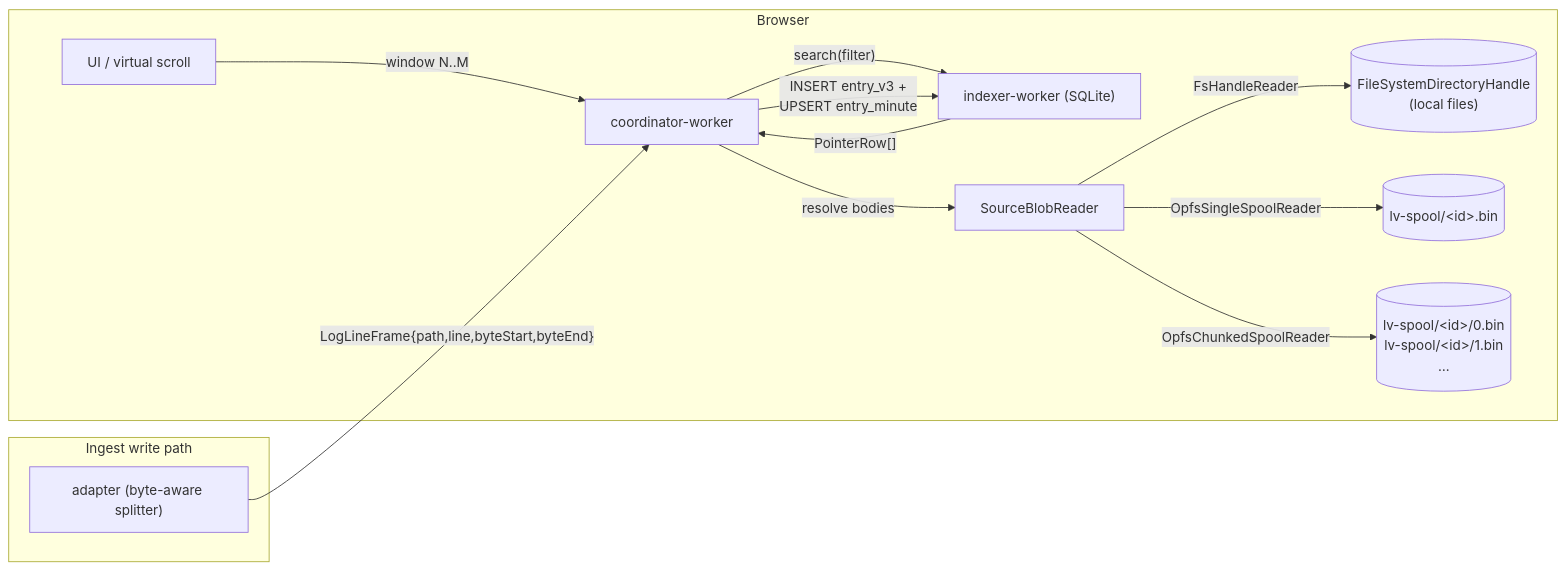
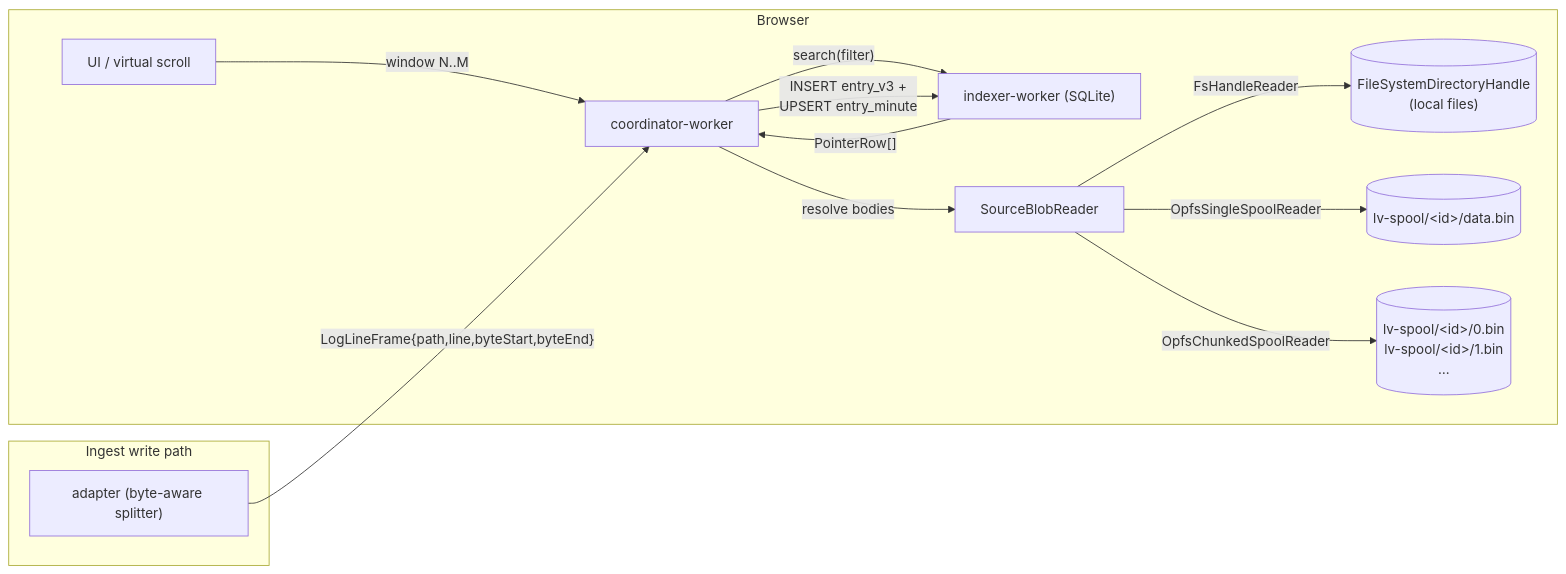
One commit to AlexandrBukhtatyy/log-viewer changed the diagram in docs/adr/0016-offset-pointer-index-lazy-body.md. Above: the diagram before and after it, drawn with Mermaid. The commit also changed other lines of this file and 4 other files, not shown here.

````diff
--- a/docs/adr/0016-offset-pointer-index-lazy-body.md
+++ b/docs/adr/0016-offset-pointer-index-lazy-body.md
@@ -90,17 +90,17 @@
 ```mermaid
 flowchart LR
   subgraph Browser
     UI["UI / virtual scroll"] -->|"window N..M"| Coord["coordinator-worker"]
     Coord -->|"search(filter)"| Idx["indexer-worker (SQLite)"]
     Idx -->|"PointerRow[]"| Coord
     Coord -->|"resolve bodies"| Reader["SourceBlobReader"]
     Reader -->|"FsHandleReader"| FS[("FileSystemDirectoryHandle<br/>(local files)")]
-    Reader -->|"OpfsSingleSpoolReader"| OPFS1[("lv-spool/&lt;id&gt;.bin")]
+    Reader -->|"OpfsSingleSpoolReader"| OPFS1[("lv-spool/&lt;id&gt;/data.bin")]
     Reader -->|"OpfsChunkedSpoolReader"| OPFS2[("lv-spool/&lt;id&gt;/0.bin<br/>lv-spool/&lt;id&gt;/1.bin<br/>…")]
   end
 
   subgraph IngestWrite["Ingest write path"]
     Adapter["adapter (byte-aware splitter)"] -->|"LogLineFrame{path,line,byteStart,byteEnd}"| Coord
     Coord -->|"INSERT entry_v3 +<br/>UPSERT entry_minute"| Idx
   end
 ```
````
